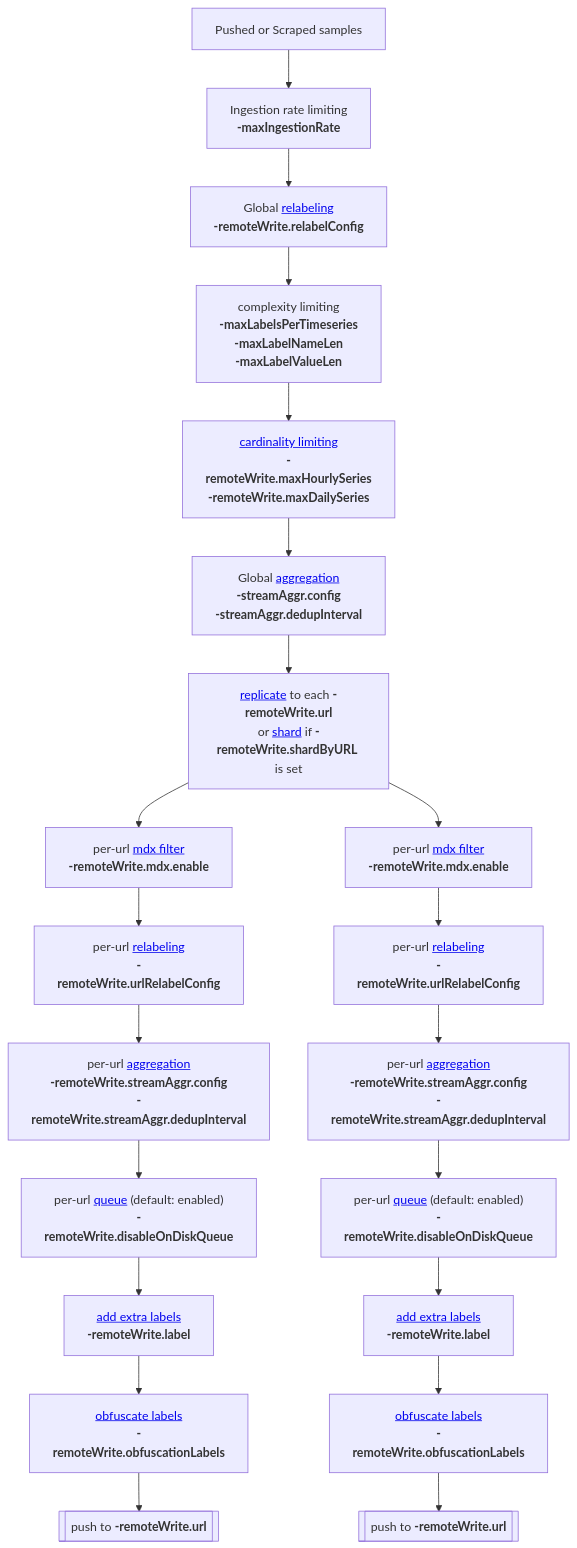
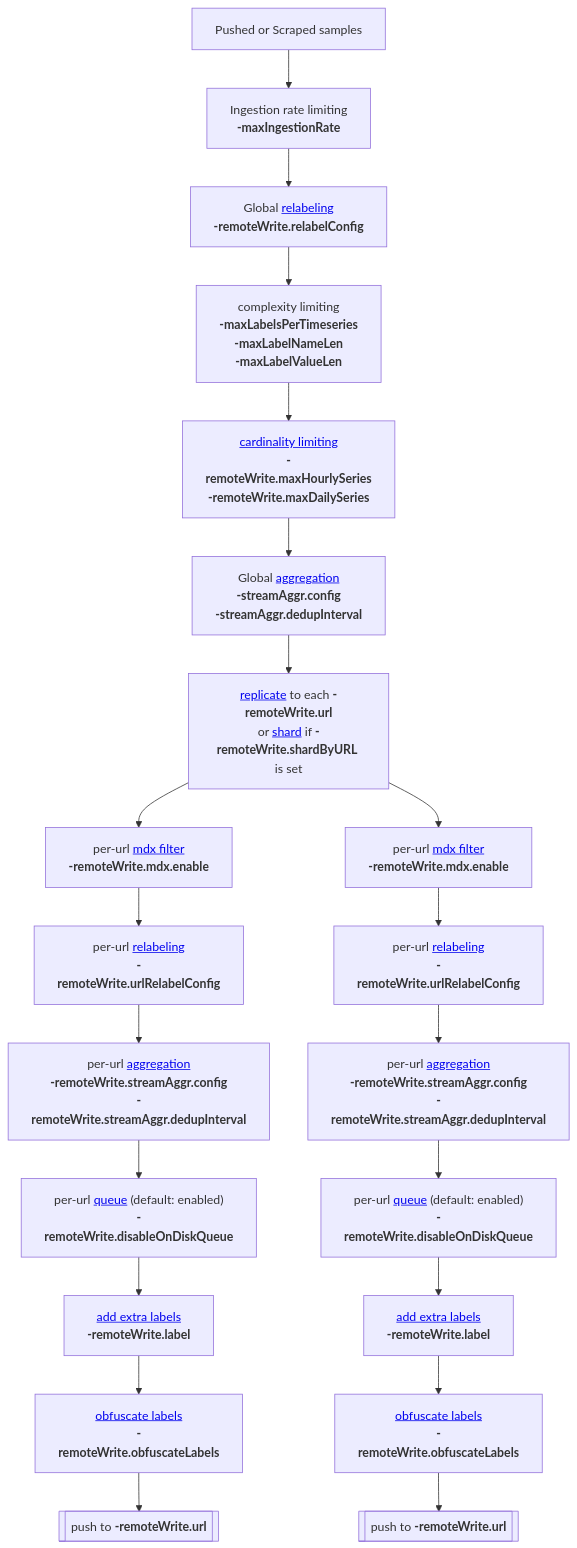
The first of 5 diagrams in docs/victoriametrics/vmagent.md (VictoriaMetrics/VictoriaMetrics), drawn with Mermaid before and after one commit. The commit also changed other lines of this file and 4 other files, not shown here.

Commit message:
remove -remoteWrite.obfuscationLabels to -remoteWrite.obfuscateLabels

````diff
--- a/docs/victoriametrics/vmagent.md
+++ b/docs/victoriametrics/vmagent.md
@@ -310,28 +310,28 @@
 ```mermaid
 %%{init: { "themeCSS": ".nodeLabel, .edgeLabel { white-space: nowrap; word-break: normal; overflow-wrap: normal; }" }}%%
 flowchart TB
     A[Pushed or Scraped samples] --> B[Ingestion rate limiting<br><b>-maxIngestionRate</b>]
     B --> C[Global <a href="https://docs.victoriametrics.com/victoriametrics/relabeling/">relabeling</a><br><b>-remoteWrite.relabelConfig</b>]
     C --> D[complexity limiting<br><b>-maxLabelsPerTimeseries</b><br><b>-maxLabelNameLen</b><br><b>-maxLabelValueLen</b>]
     D --> E[<a href="https://docs.victoriametrics.com/victoriametrics/vmagent/#cardinality-limiter">cardinality limiting</a><br><b>-remoteWrite.maxHourlySeries</b><br><b>-remoteWrite.maxDailySeries</b>]
     E --> F[Global <a href="https://docs.victoriametrics.com/victoriametrics/stream-aggregation">aggregation</a><br><b>-streamAggr.config</b><br><b>-streamAggr.dedupInterval</b>]
     F --> G[<a href="https://docs.victoriametrics.com/victoriametrics/vmagent/#replication-and-high-availability">replicate</a> to each <b>-remoteWrite.url</b><br/>or <a href="https://docs.victoriametrics.com/victoriametrics/vmagent/#sharding-among-remote-storages">shard</a> if <b>-remoteWrite.shardByURL</b> is set]
 
       %% Left branch
       G --> H1[per-url <a href="https://docs.victoriametrics.com/victoriametrics/vmagent/#monitoring-data-exchange/">mdx filter</a><br><b>-remoteWrite.mdx.enable</b>]
       H1 --> H2[per-url <a href="https://docs.victoriametrics.com/victoriametrics/relabeling/">relabeling</a><br><b>-remoteWrite.urlRelabelConfig</b>]
       H2 --> H3[per-url <a href="https://docs.victoriametrics.com/victoriametrics/stream-aggregation">aggregation</a><br><b>-remoteWrite.streamAggr.config</b><br><b>-remoteWrite.streamAggr.dedupInterval</b>]
       H3 --> H4["per-url <a href="https://docs.victoriametrics.com/victoriametrics/vmagent/#calculating-disk-space-for-persistence-queue">queue</a> (default: enabled)<br><b>-remoteWrite.disableOnDiskQueue</b>"]
       H4 --> H5[<a href="https://docs.victoriametrics.com/victoriametrics/vmagent/#adding-labels-to-metrics">add extra labels</a><br><b>-remoteWrite.label</b>]
-      H5 --> H6[<a href="https://docs.victoriametrics.com/victoriametrics/vmagent/#obfuscating-label-values">obfuscate labels</a><br><b>-remoteWrite.obfuscationLabels</b>]
+      H5 --> H6[<a href="https://docs.victoriametrics.com/victoriametrics/vmagent/#obfuscating-label-values">obfuscate labels</a><br><b>-remoteWrite.obfuscateLabels</b>]
       H6 --> H7[[push to <b>-remoteWrite.url</b>]]
 
       %% Right branch
       G --> R1[per-url <a href="https://docs.victoriametrics.com/victoriametrics/vmagent/#monitoring-data-exchange">mdx filter</a><br><b>-remoteWrite.mdx.enable</b>]
       R1 --> R2[per-url <a href="https://docs.victoriametrics.com/victoriametrics/relabeling/">relabeling</a><br><b>-remoteWrite.urlRelabelConfig</b>]
       R2 --> R3[per-url <a href="https://docs.victoriametrics.com/victoriametrics/stream-aggregation">aggregation</a><br><b>-remoteWrite.streamAggr.config</b><br><b>-remoteWrite.streamAggr.dedupInterval</b>]
       R3 --> R4["per-url <a href="https://docs.victoriametrics.com/victoriametrics/vmagent/#calculating-disk-space-for-persistence-queue">queue</a> (default: enabled)<br><b>-remoteWrite.disableOnDiskQueue</b>"]
       R4 --> R5[<a href="https://docs.victoriametrics.com/victoriametrics/vmagent/#adding-labels-to-metrics">add extra labels</a><br><b>-remoteWrite.label</b>]
-      R5 --> R6[<a href="https://docs.victoriametrics.com/victoriametrics/vmagent/#obfuscating-label-values">obfuscate labels</a><br><b>-remoteWrite.obfuscationLabels</b>]
+      R5 --> R6[<a href="https://docs.victoriametrics.com/victoriametrics/vmagent/#obfuscating-label-values">obfuscate labels</a><br><b>-remoteWrite.obfuscateLabels</b>]
       R6 --> R7[[push to <b>-remoteWrite.url</b>]]
 ```
````
